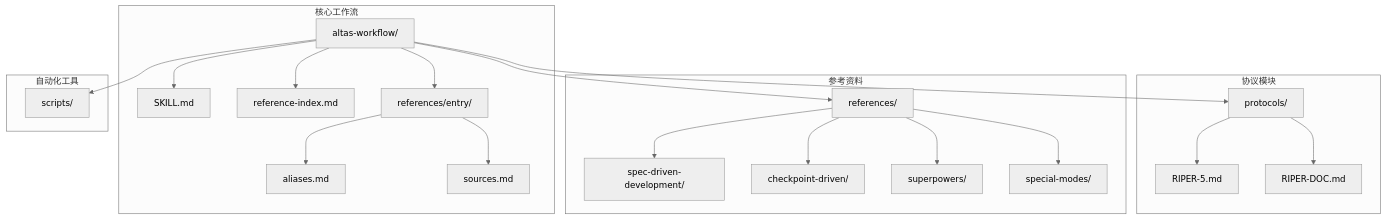
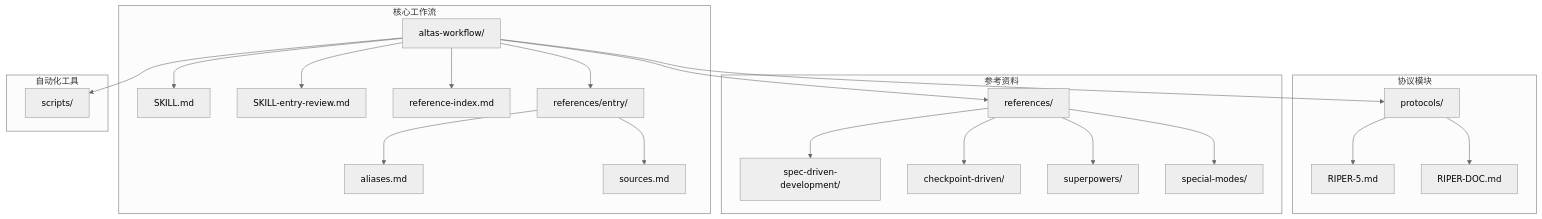
One commit to AngelWings1997/altas changed the first of 16 diagrams in .qoder/repowiki/zh/content/Altas Workflow Core/Altas Workflow Core.md. Above: the diagram before and after it, drawn with Mermaid (neutral theme). The commit also changed other lines of this file and 4 other files, not shown here.

````diff
--- a/.qoder/repowiki/zh/content/Altas Workflow Core/Altas Workflow Core.md
+++ b/.qoder/repowiki/zh/content/Altas Workflow Core/Altas Workflow Core.md
@@ -68,25 +70,26 @@
 ```mermaid
 graph TB
 subgraph "核心工作流"
 A[altas-workflow/] --> B[SKILL.md]
-A --> C[reference-index.md]
-A --> D[references/entry/]
-D --> E[aliases.md]
-D --> F[sources.md]
+A --> C[SKILL-entry-review.md]
+A --> D[reference-index.md]
+A --> E[references/entry/]
+E --> F[aliases.md]
+E --> G[sources.md]
 end
 subgraph "协议模块"
-A --> G[protocols/]
-G --> H[RIPER-5.md]
-G --> I[RIPER-DOC.md]
+A --> H[protocols/]
+H --> I[RIPER-5.md]
+H --> J[RIPER-DOC.md]
 end
 subgraph "参考资料"
-A --> J[references/]
-J --> K[spec-driven-development/]
-J --> L[checkpoint-driven/]
-J --> M[superpowers/]
-J --> N[special-modes/]
+A --> K[references/]
+K --> L[spec-driven-development/]
+K --> M[checkpoint-driven/]
+K --> N[superpowers/]
+K --> O[special-modes/]
 end
 subgraph "自动化工具"
-A --> O[scripts/]
+A --> P[scripts/]
 end
 ```
````
